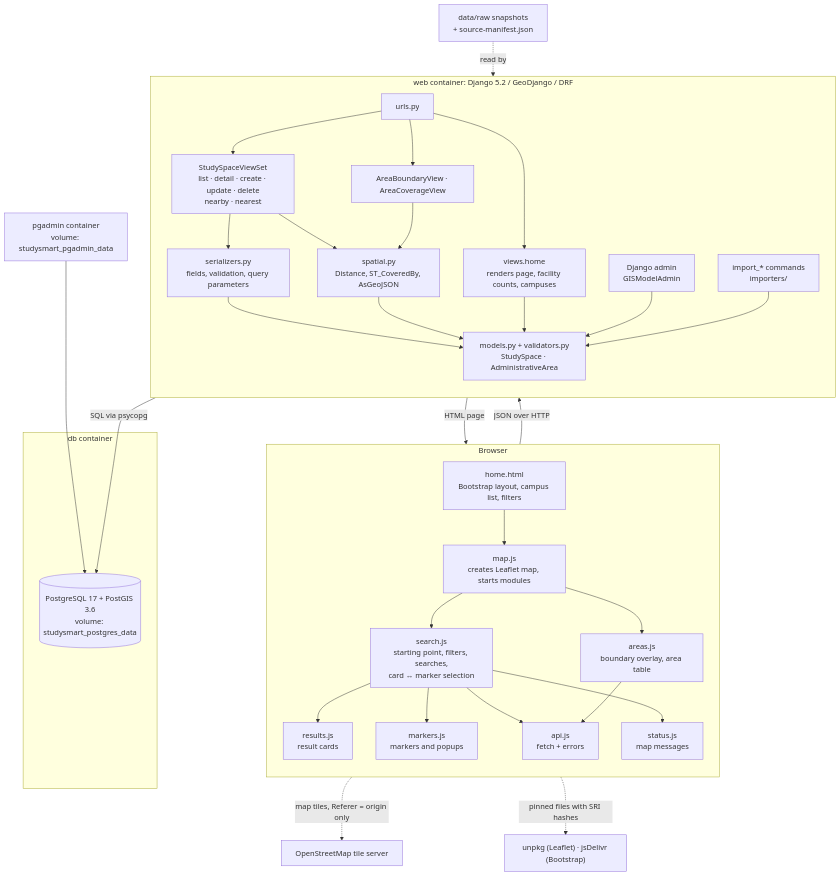
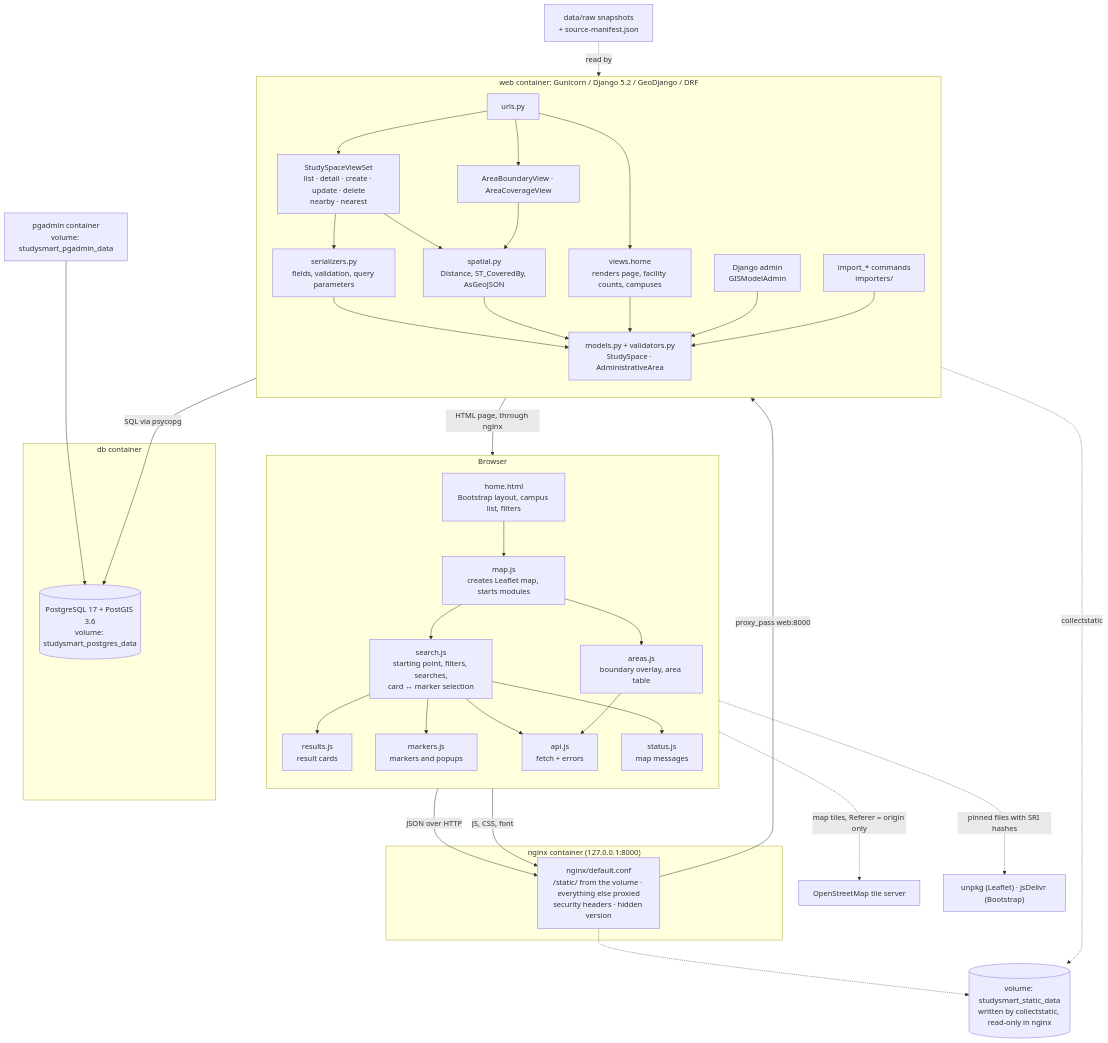
The first of 2 diagrams in docs/architecture.md (sayoowolabi/studysmart), drawn with Mermaid before and after one commit. The commit also changed other lines of this file and 13 other files, not shown here.

First line of the commit message:
feat: serve the site through Nginx and Gunicorn with DEBUG off

````diff
--- a/docs/architecture.md
+++ b/docs/architecture.md
@@ -7,51 +7,61 @@
 ```mermaid
 flowchart TB
     subgraph Browser["Browser"]
         direction TB
         Page["home.html<br/>Bootstrap layout, campus list, filters"]
         Main["map.js<br/>creates Leaflet map, starts modules"]
         Search["search.js<br/>starting point, filters, searches,<br/>card ↔ marker selection"]
         Results["results.js<br/>result cards"]
         Markers["markers.js<br/>markers and popups"]
         Areas["areas.js<br/>boundary overlay, area table"]
         Api["api.js<br/>fetch + errors"]
         Status["status.js<br/>map messages"]
         Page --> Main --> Search & Areas
         Search --> Results & Markers & Api & Status
         Areas --> Api
     end
 
-    subgraph WebContainer["web container: Django 5.2 / GeoDjango / DRF"]
+    subgraph NginxContainer["nginx container (127.0.0.1:8000)"]
+        Nginx["nginx/default.conf<br/>/static/ from the volume · everything else proxied<br/>security headers · hidden version"]
+    end
+
+    StaticVolume[("volume: studysmart_static_data<br/>written by collectstatic, read-only in nginx")]
+
+    subgraph WebContainer["web container: Gunicorn / Django 5.2 / GeoDjango / DRF"]
         direction TB
         Urls["urls.py"]
         Home["views.home<br/>renders page, facility counts, campuses"]
         ViewSet["StudySpaceViewSet<br/>list · detail · create · update · delete<br/>nearby · nearest"]
         AreaViews["AreaBoundaryView · AreaCoverageView"]
         Serializers["serializers.py<br/>fields, validation, query parameters"]
         Spatial["spatial.py<br/>Distance, ST_CoveredBy, AsGeoJSON"]
         Models["models.py + validators.py<br/>StudySpace · AdministrativeArea"]
         Admin["Django admin<br/>GISModelAdmin"]
         Import["import_* commands<br/>importers/"]
         Urls --> Home & ViewSet & AreaViews
         ViewSet --> Serializers & Spatial
         AreaViews --> Spatial
         Serializers & Spatial & Home & Admin & Import --> Models
     end
 
     subgraph DbContainer["db container"]
         PostGIS[("PostgreSQL 17 + PostGIS 3.6<br/>volume: studysmart_postgres_data")]
     end
 
     PgAdmin["pgadmin container<br/>volume: studysmart_pgadmin_data"]
     Tiles["OpenStreetMap tile server"]
     CDN["unpkg (Leaflet) · jsDelivr (Bootstrap)"]
     Snapshots["data/raw snapshots<br/>+ source-manifest.json"]
 
-    Api -->|"JSON over HTTP"| Urls
-    Home -->|"HTML page"| Page
+    Api -->|"JSON over HTTP"| Nginx
+    Page -->|"JS, CSS, font"| Nginx
+    Nginx -->|"proxy_pass web:8000"| Urls
+    Nginx -.-> StaticVolume
+    WebContainer -.->|"collectstatic"| StaticVolume
+    Home -->|"HTML page, through nginx"| Page
     Models -->|"SQL via psycopg"| PostGIS
     PgAdmin --> PostGIS
     Main -.->|"map tiles, Referer = origin only"| Tiles
     Page -.->|"pinned files with SRI hashes"| CDN
     Snapshots -.->|"read by"| Import
 ```
````
